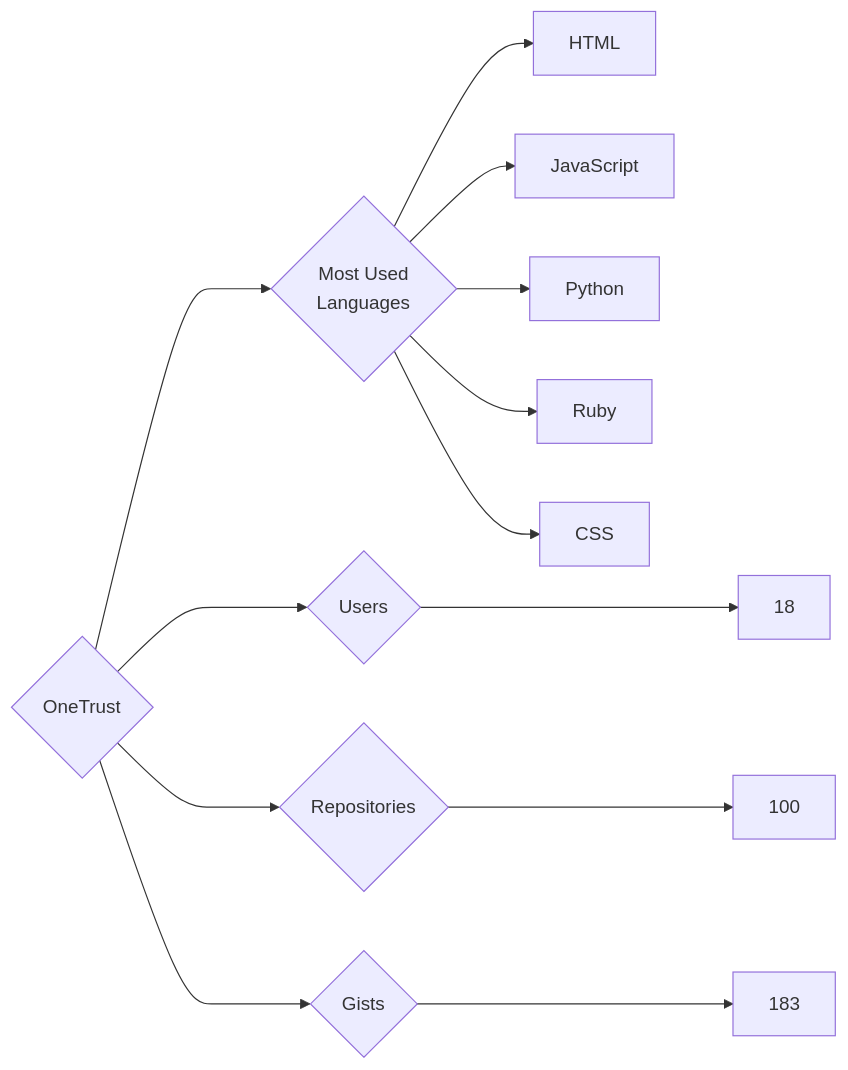
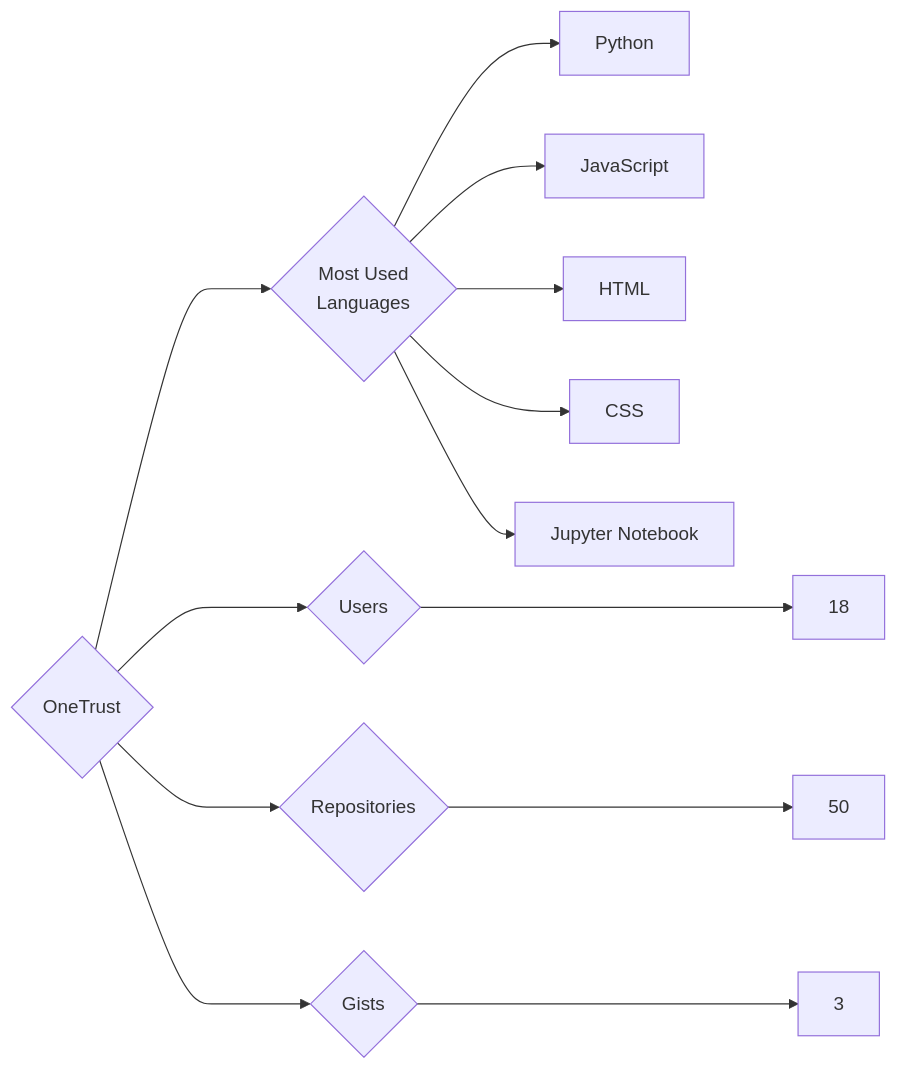
The diagram in targets/OneTrust/README.md (trickest/insiders), drawn with Mermaid before and after one commit. The commit also changed 964 other files, not shown here.

````diff
--- a/targets/OneTrust/README.md
+++ b/targets/OneTrust/README.md
@@ -3,13 +3,13 @@
 ```mermaid
 graph LR
 COMPANY_NAME{OneTrust}
 COMPANY_NAME ---> U{Users} ---> UN[18]
-COMPANY_NAME ---> R{Repositories} ---> RN[100]
-COMPANY_NAME ---> G{Gists} ---> GN[183]
+COMPANY_NAME ---> R{Repositories} ---> RN[50]
+COMPANY_NAME ---> G{Gists} ---> GN[3]
 COMPANY_NAME ---> ML{Most Used<br>Languages}
+ML --> Python[Python]
+ML --> JavaScript[JavaScript]
 ML --> HTML[HTML]
-ML --> JavaScript[JavaScript]
-ML --> Python[Python]
-ML --> Ruby[Ruby]
 ML --> CSS[CSS]
+ML --> Jupyter_Notebook[Jupyter Notebook]
 ```
````
